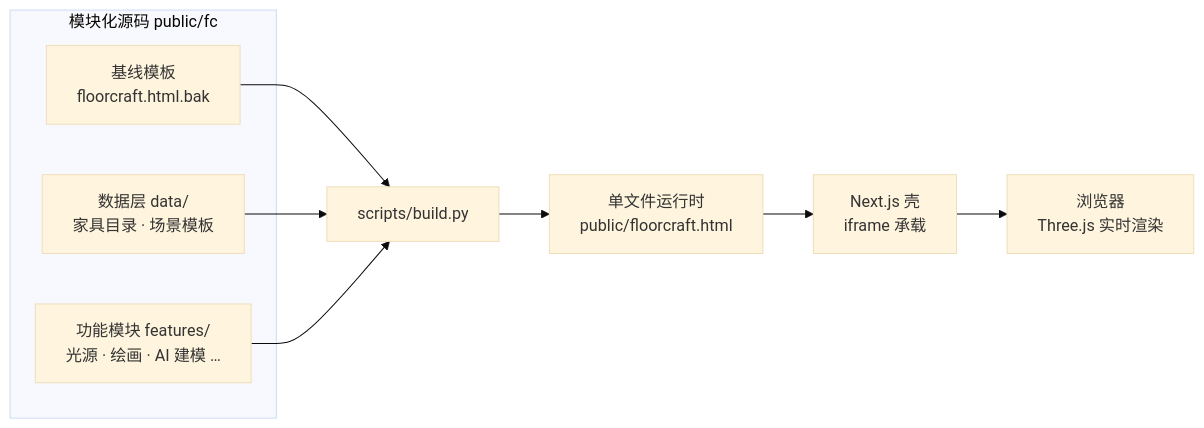
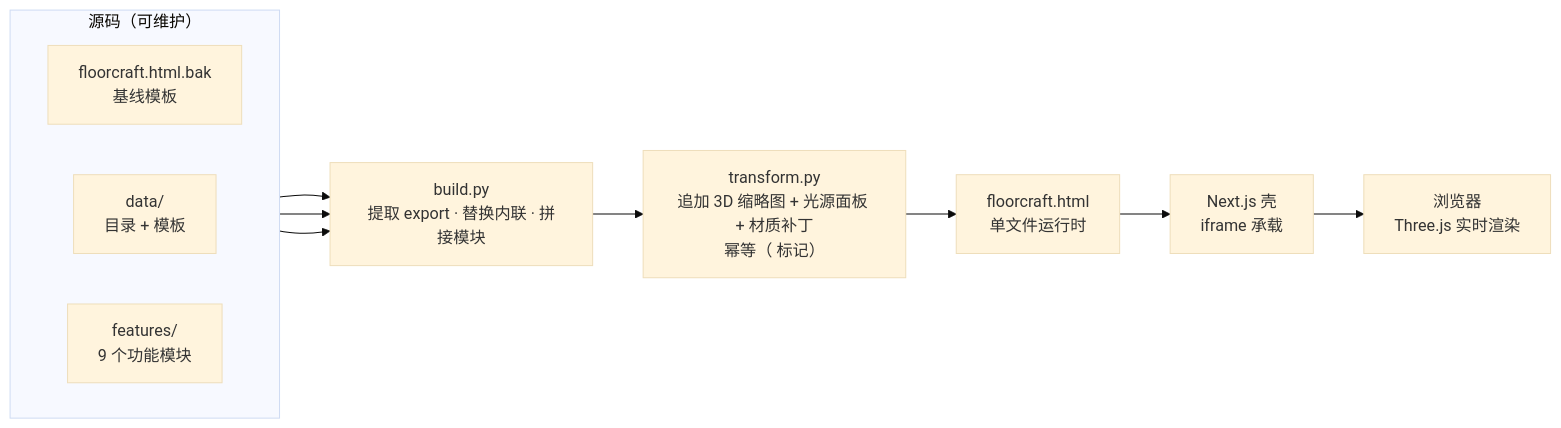
Before and after one commit to FANG050829/floorcraft: the diagram in README.md, drawn with Mermaid (base theme). The commit also changed other lines of this file, not shown here.

````diff
--- a/README.md
+++ b/README.md
@@ -112,17 +196,20 @@
 ```mermaid
 flowchart LR
-    subgraph SRC["模块化源码 public/fc"]
-        BASE["基线模板<br>floorcraft.html.bak"]
-        DATA["数据层 data/<br>家具目录 · 场景模板"]
-        FEAT["功能模块 features/<br>光源 · 绘画 · AI 建模 …"]
+    subgraph SRC["源码（可维护）"]
+        direction LR
+        BASE["floorcraft.html.bak<br>基线模板"]
+        DATA["data/<br>目录 + 模板"]
+        FEAT["features/<br>9 个功能模块"]
     end
-    BUILD["scripts/build.py"]
-    OUT["单文件运行时<br>public/floorcraft.html"]
+    direction LR
+    BUILD["build.py<br>提取 export · 替换内联 · 拼接模块"]
+    POST["transform.py<br>追加 3D 缩略图 + 光源面板 + 材质补丁<br>幂等（<!--ENH_V2--> 标记）"]
+    OUT["floorcraft.html<br>单文件运行时"]
     APP["Next.js 壳<br>iframe 承载"]
     RUN["浏览器<br>Three.js 实时渲染"]
 
     BASE --> BUILD
     DATA --> BUILD
     FEAT --> BUILD
-    BUILD --> OUT --> APP --> RUN
+    BUILD --> POST --> OUT --> APP --> RUN
 ```
````
